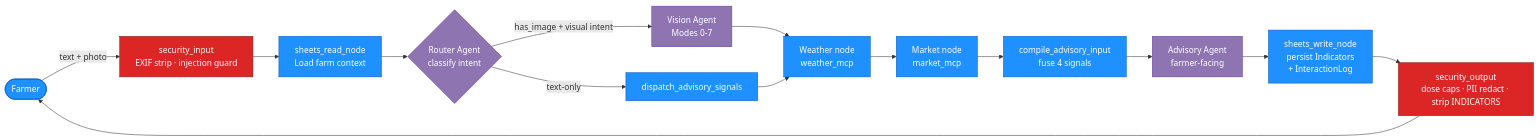
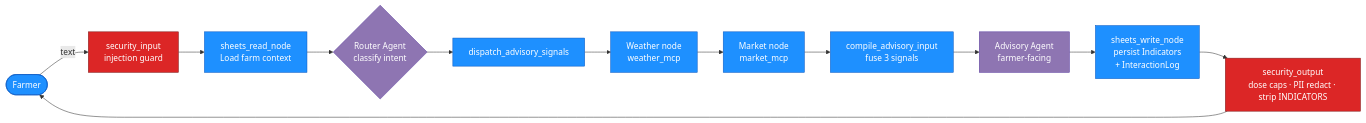
One commit to dmyandun/croppulse-ai changed the diagram in README.md. Above: the diagram before and after it, drawn with Mermaid. The commit also changed other lines of this file, not shown here.

Commit message:
docs: update README with current features, remove vision agent refs, add crop planner and parcel management docs

````diff
--- a/README.md
+++ b/README.md
@@ -38,23 +81,21 @@
 ```mermaid
 flowchart LR
-    U([Farmer]) -->|text + photo| SIN[security_input<br/>EXIF strip · injection guard]
+    U([Farmer]) -->|text| SIN[security_input<br/>injection guard]
     SIN --> SR[sheets_read_node<br/>Load farm context]
     SR --> R{Router Agent<br/>classify intent}
-    R -->|has_image + visual intent| V[Vision Agent<br/>Modes 0-7]
-    R -->|text-only| D[dispatch_advisory_signals]
-    V --> W[Weather node<br/>weather_mcp]
-    D --> W
+    R --> D[dispatch_advisory_signals]
+    D --> W[Weather node<br/>weather_mcp]
     W --> M[Market node<br/>market_mcp]
-    M --> C[compile_advisory_input<br/>fuse 4 signals]
+    M --> C[compile_advisory_input<br/>fuse 3 signals]
     C --> A[Advisory Agent<br/>farmer-facing]
     A --> SW[sheets_write_node<br/>persist Indicators<br/>+ InteractionLog]
     SW --> SOUT[security_output<br/>dose caps · PII redact · strip INDICATORS]
     SOUT --> U
 
     classDef agent fill:#8E75B2,stroke:#5b3fa0,color:#fff
     classDef node fill:#1E90FF,stroke:#0958c1,color:#fff
     classDef sec fill:#dc2626,stroke:#7f1d1d,color:#fff
-    class R,V,A agent
+    class R,A agent
     class SR,W,M,C,SW,D node
     class SIN,SOUT sec
 ```
````
